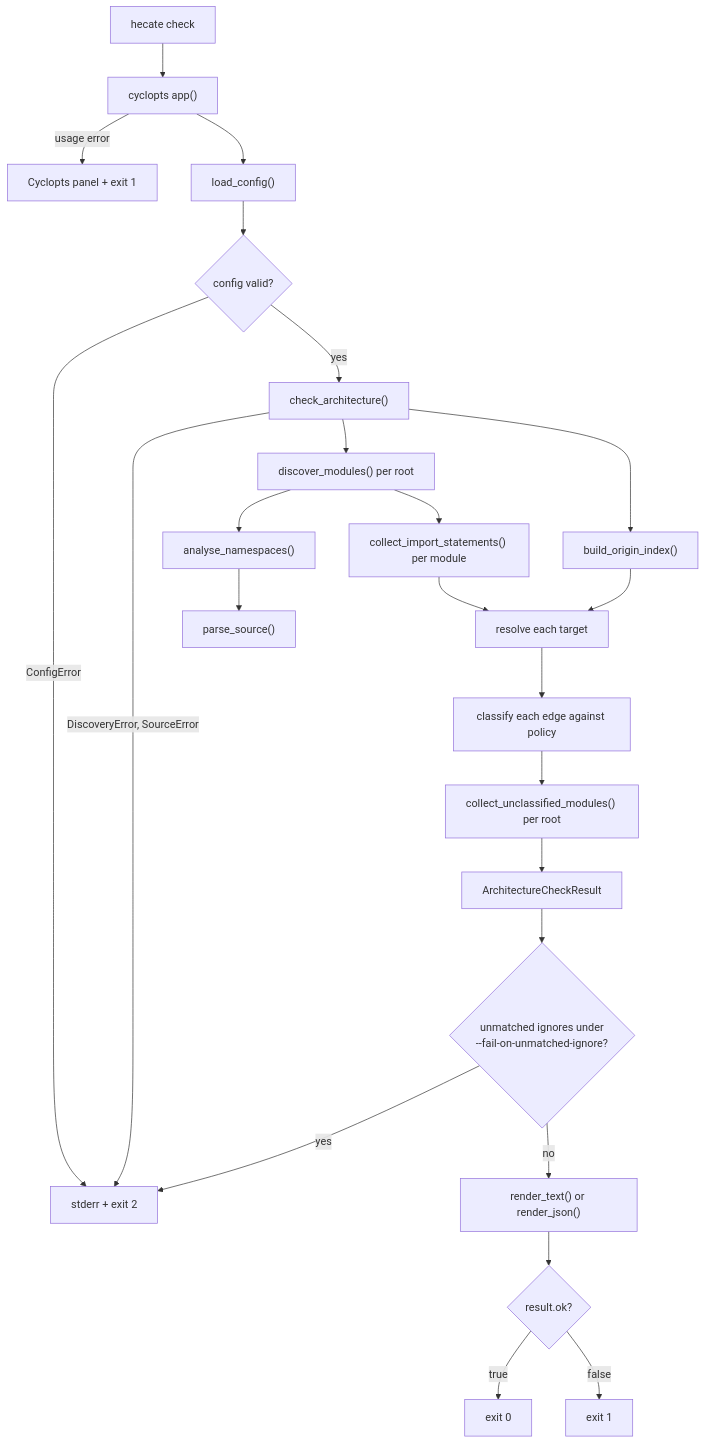
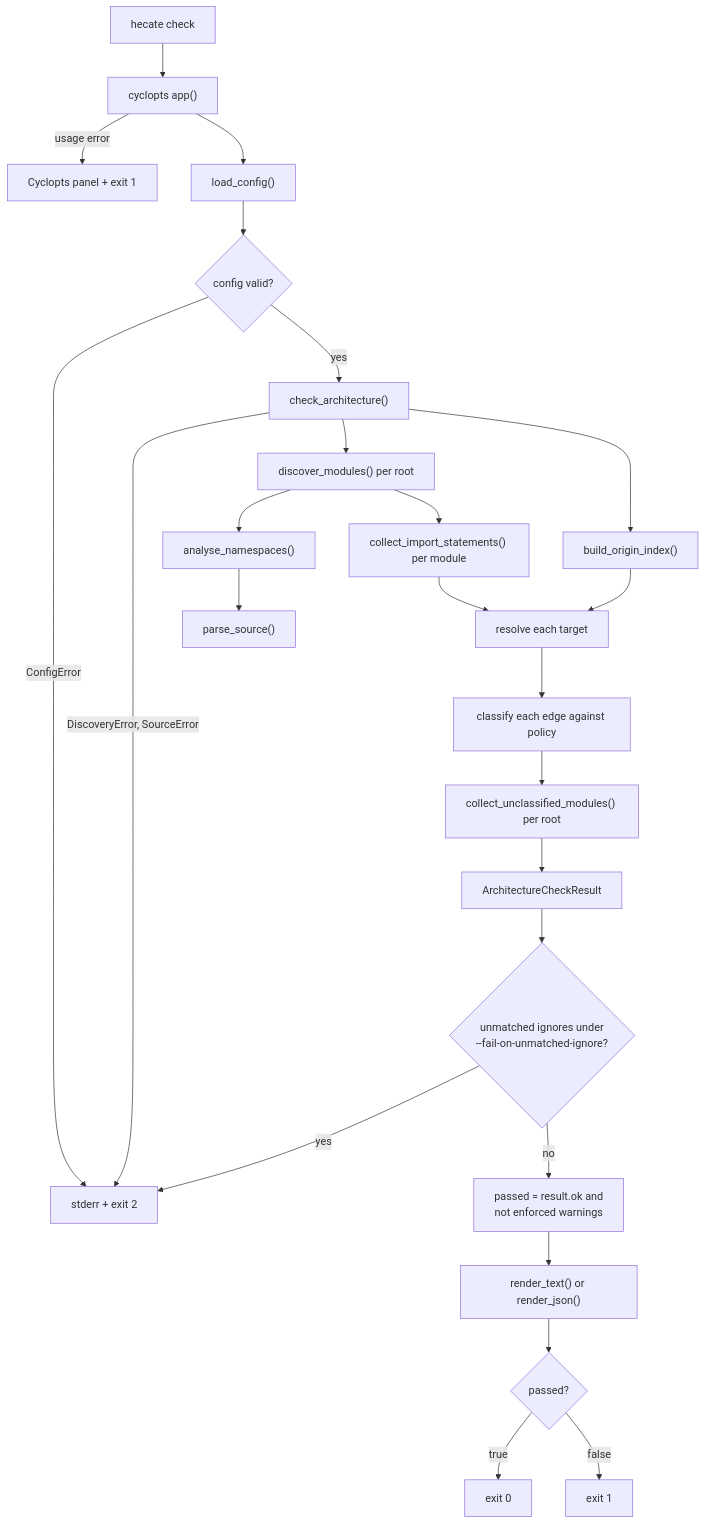
The first of 2 diagrams in docs/developers-guide.md (leynos/hecate), drawn with Mermaid before and after one commit. The commit also changed other lines of this file and 28 other files, not shown here.

````diff
--- a/docs/developers-guide.md
+++ b/docs/developers-guide.md
@@ -73,26 +76,27 @@
 ```mermaid
 flowchart TD
     A["hecate check"] --> B["cyclopts app()"]
     B -->|"usage error"| ZU["Cyclopts panel + exit 1"]
     B --> C["load_config()"]
     C --> D{"config valid?"}
     D -->|"ConfigError"| Z2["stderr + exit 2"]
     D -->|"yes"| E["check_architecture()"]
     E -->|"DiscoveryError, SourceError"| Z2
     E --> W["discover_modules() per root"]
     W --> F["analyse_namespaces()"]
     F --> G["parse_source()"]
     E --> H["build_origin_index()"]
     W --> I["collect_import_statements() per module"]
     I --> J["resolve each target"]
     H --> J
     J --> K["classify each edge against policy"]
     K --> U["collect_unclassified_modules() per root"]
     U --> L["ArchitectureCheckResult"]
     L --> P{"unmatched ignores under\n--fail-on-unmatched-ignore?"}
     P -->|"yes"| Z2
-    P -->|"no"| M["render_text() or render_json()"]
-    M --> N{"result.ok?"}
+    P -->|"no"| O["passed = result.ok and\nnot enforced warnings"]
+    O --> M["render_text() or render_json()"]
+    M --> N{"passed?"}
     N -->|"true"| Z0["exit 0"]
     N -->|"false"| Z1["exit 1"]
 ```
````
